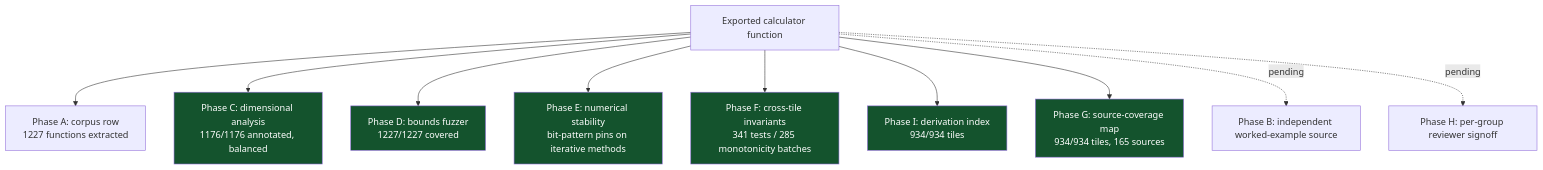
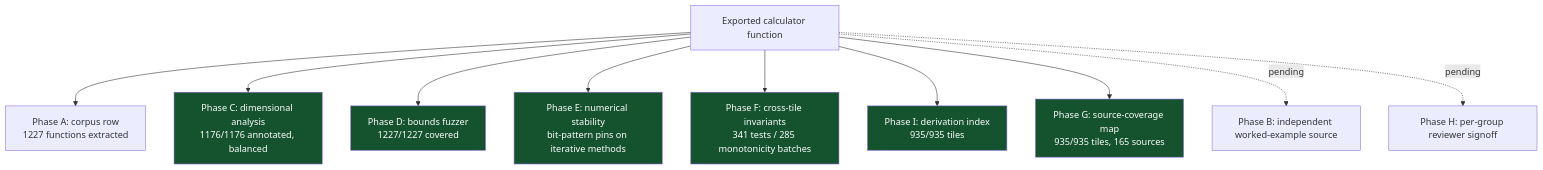
One commit to clay-good/roughlogic.com changed the sixth of 8 diagrams in README.md. Above: the diagram before and after it, drawn with Mermaid. The commit also changed other lines of this file and 17 other files, not shown here.

````diff
--- a/README.md
+++ b/README.md
@@ -519,18 +519,18 @@
 ```mermaid
 flowchart TB
     F[Exported calculator function] --> A[Phase A: corpus row\n1227 functions extracted]
     F --> C[Phase C: dimensional analysis\n1176/1176 annotated, balanced]
     F --> D[Phase D: bounds fuzzer\n1227/1227 covered]
     F --> E[Phase E: numerical stability\nbit-pattern pins on iterative methods]
     F --> Fa[Phase F: cross-tile invariants\n341 tests / 285 monotonicity batches]
-    F --> I[Phase I: derivation index\n934/934 tiles]
-    F --> G[Phase G: source-coverage map\n934/934 tiles, 165 sources]
+    F --> I[Phase I: derivation index\n935/935 tiles]
+    F --> G[Phase G: source-coverage map\n935/935 tiles, 165 sources]
     F -.pending.-> B[Phase B: independent worked-example source]
     F -.pending.-> H[Phase H: per-group reviewer signoff]
     style C fill:#14532d,color:#fff
     style D fill:#14532d,color:#fff
     style E fill:#14532d,color:#fff
     style Fa fill:#14532d,color:#fff
     style G fill:#14532d,color:#fff
     style I fill:#14532d,color:#fff
 ```
````
